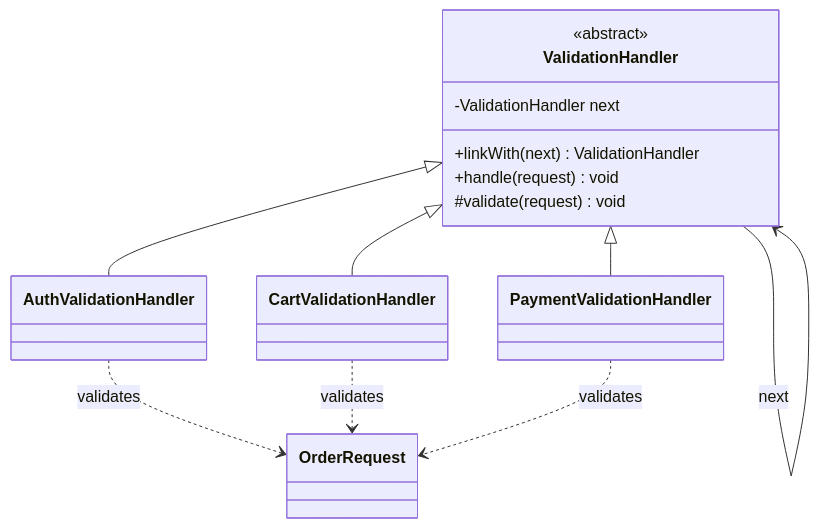
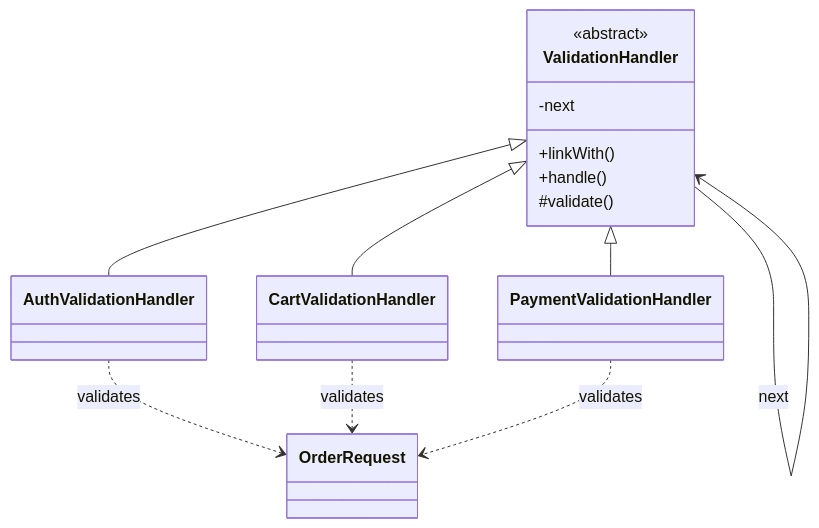
One commit to sandeepbhardwaj/sandeepbhardwaj.github.io changed the diagram in _posts/2025-12-17-chain-of-responsibility-pattern-java-request-validation.md. Above: the diagram before and after it, drawn with Mermaid. The commit also changed 85 other files, not shown here.

Commit message:
mermaid flow chart fixes

````diff
--- a/_posts/2025-12-17-chain-of-responsibility-pattern-java-request-validation.md
+++ b/_posts/2025-12-17-chain-of-responsibility-pattern-java-request-validation.md
@@ -114,22 +114,22 @@
 ```mermaid
 classDiagram
     class ValidationHandler {
       <<abstract>>
-      -ValidationHandler next
-      +linkWith(next) ValidationHandler
-      +handle(request) void
-      #validate(request) void
+      -next
+      +linkWith()
+      +handle()
+      #validate()
     }
     class AuthValidationHandler
     class CartValidationHandler
     class PaymentValidationHandler
     class OrderRequest
 
     ValidationHandler <|-- AuthValidationHandler
     ValidationHandler <|-- CartValidationHandler
     ValidationHandler <|-- PaymentValidationHandler
     ValidationHandler --> ValidationHandler : next
     AuthValidationHandler ..> OrderRequest : validates
     CartValidationHandler ..> OrderRequest : validates
     PaymentValidationHandler ..> OrderRequest : validates
 ```
````
